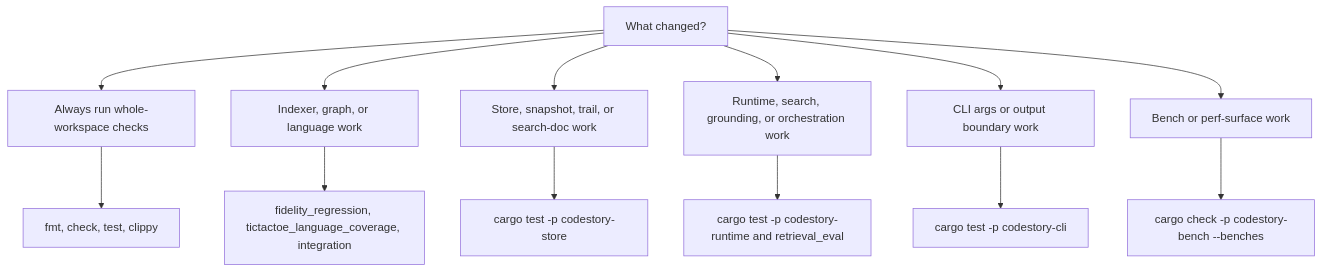
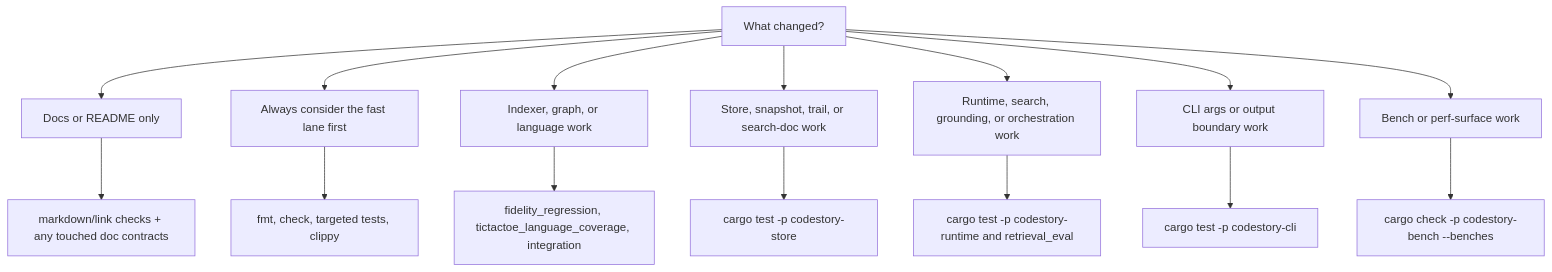
Before and after one commit to TheGreenCedar/CodeStory: the diagram in docs/contributors/testing-matrix.md, drawn with Mermaid. The commit also changed other lines of this file and 29 other files, not shown here.

````diff
--- a/docs/contributors/testing-matrix.md
+++ b/docs/contributors/testing-matrix.md
@@ -5,15 +5,17 @@
 ```mermaid
 flowchart TD
-    change["What changed?"] --> always["Always run whole-workspace checks"]
+    change["What changed?"] --> docs["Docs or README only"]
+    change["What changed?"] --> always["Always consider the fast lane first"]
     change --> indexer["Indexer, graph, or language work"]
     change --> store["Store, snapshot, trail, or search-doc work"]
     change --> runtime["Runtime, search, grounding, or orchestration work"]
     change --> cli["CLI args or output boundary work"]
     change --> bench["Bench or perf-surface work"]
-    always --> workspace["fmt, check, test, clippy"]
+    docs --> docs_checks["markdown/link checks + any touched doc contracts"]
+    always --> workspace["fmt, check, targeted tests, clippy"]
     indexer --> fidelity["fidelity_regression, tictactoe_language_coverage, integration"]
     store --> store_tests["cargo test -p codestory-store"]
     runtime --> runtime_tests["cargo test -p codestory-runtime and retrieval_eval"]
     cli --> cli_tests["cargo test -p codestory-cli"]
     bench --> bench_checks["cargo check -p codestory-bench --benches"]
 ```
````
